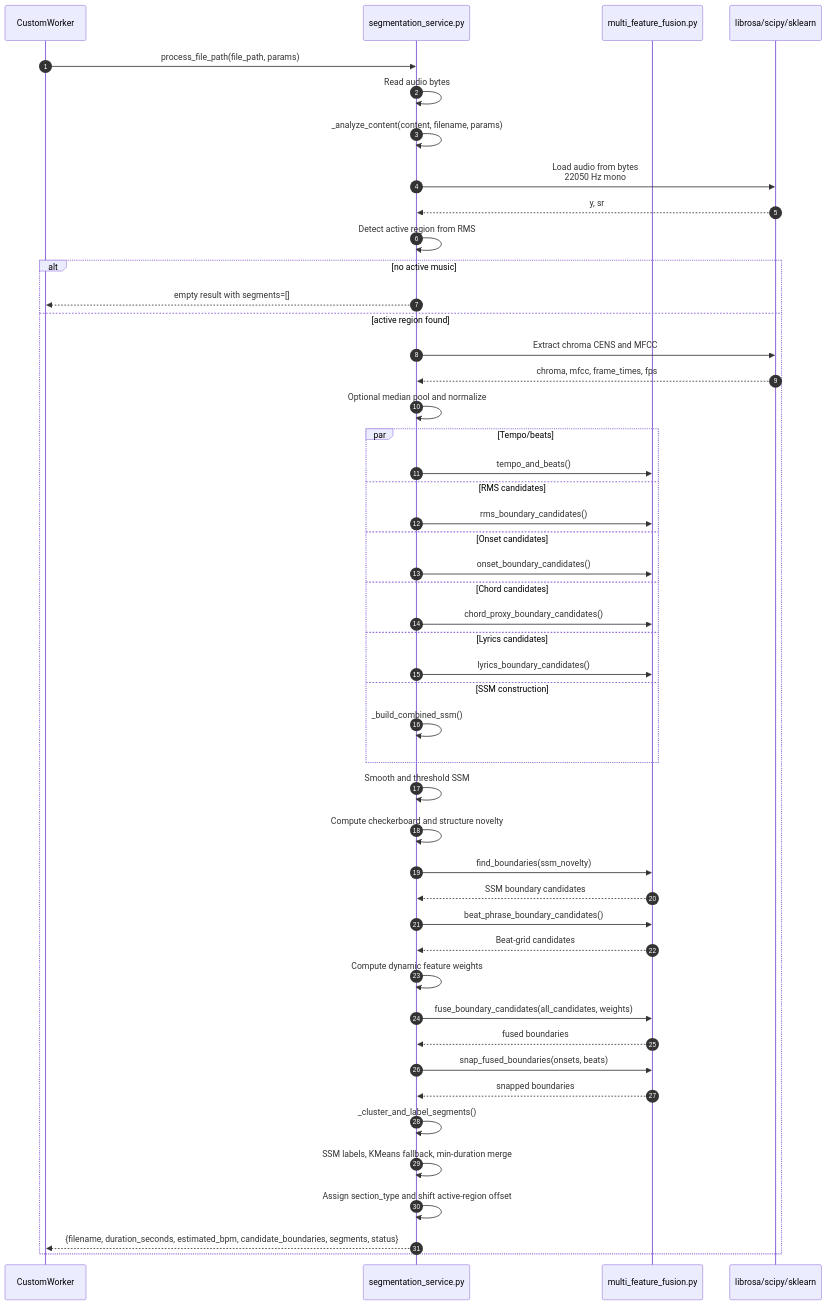
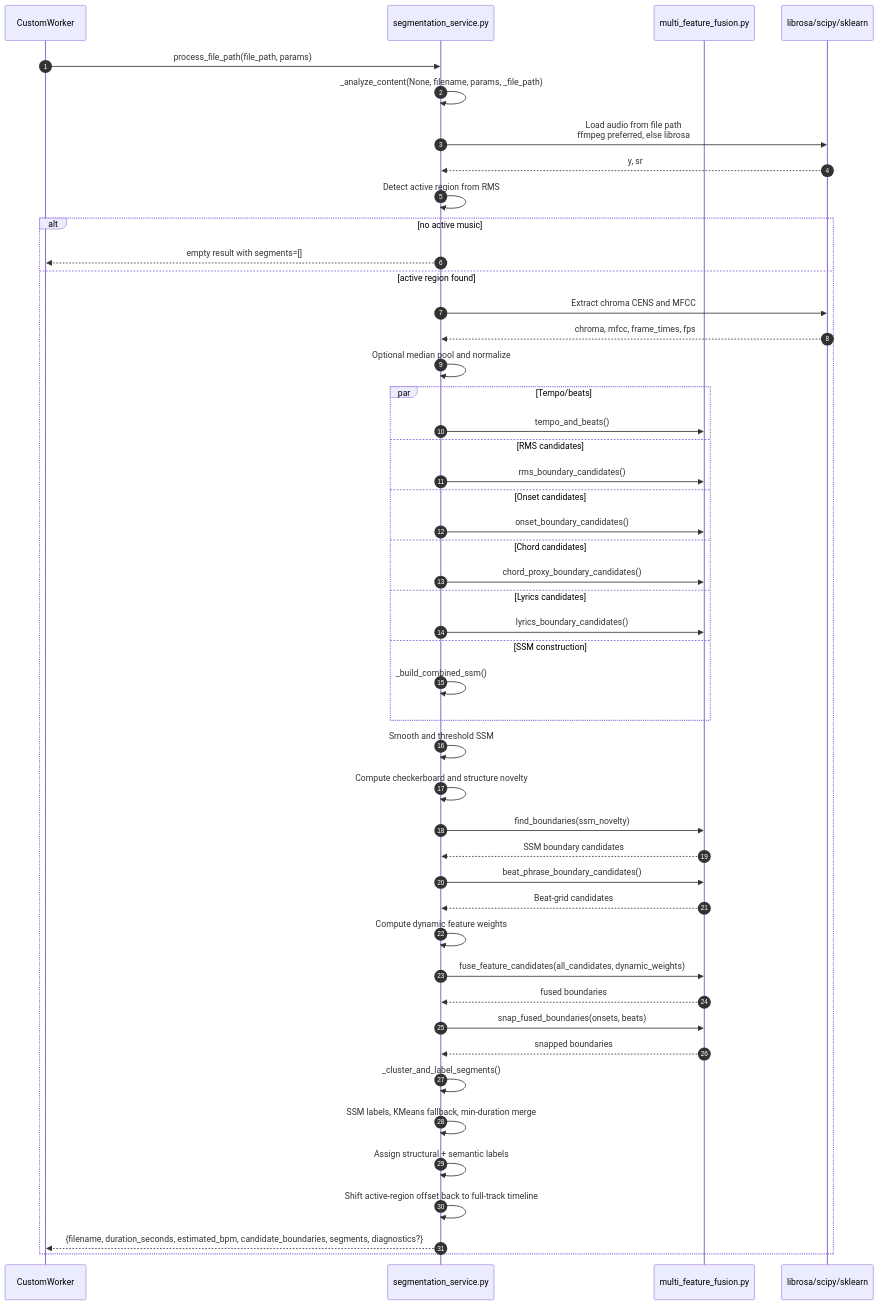
The diagram in docs/sequence-diagrams/02-custom-analysis-pipeline.md (mustafagoktugibolar/automated-music-segmentation), drawn with Mermaid before and after one commit. The commit also changed 3 other files, not shown here.

````diff
--- a/docs/sequence-diagrams/02-custom-analysis-pipeline.md
+++ b/docs/sequence-diagrams/02-custom-analysis-pipeline.md
@@ -3,50 +3,50 @@
 ```mermaid
 sequenceDiagram
     autonumber
     participant CustomW as CustomWorker
     participant Service as segmentation_service.py
     participant Fusion as multi_feature_fusion.py
     participant Librosa as librosa/scipy/sklearn
 
     CustomW->>Service: process_file_path(file_path, params)
-    Service->>Service: Read audio bytes
-    Service->>Service: _analyze_content(content, filename, params)
-    Service->>Librosa: Load audio from bytes<br/>22050 Hz mono
+    Service->>Service: _analyze_content(None, filename, params, _file_path)
+    Service->>Librosa: Load audio from file path<br/>ffmpeg preferred, else librosa
     Librosa-->>Service: y, sr
     Service->>Service: Detect active region from RMS
     alt no active music
         Service-->>CustomW: empty result with segments=[]
     else active region found
         Service->>Librosa: Extract chroma CENS and MFCC
         Librosa-->>Service: chroma, mfcc, frame_times, fps
         Service->>Service: Optional median pool and normalize
         par Tempo/beats
             Service->>Fusion: tempo_and_beats()
         and RMS candidates
             Service->>Fusion: rms_boundary_candidates()
         and Onset candidates
             Service->>Fusion: onset_boundary_candidates()
         and Chord candidates
             Service->>Fusion: chord_proxy_boundary_candidates()
         and Lyrics candidates
             Service->>Fusion: lyrics_boundary_candidates()
         and SSM construction
             Service->>Service: _build_combined_ssm()
         end
         Service->>Service: Smooth and threshold SSM
         Service->>Service: Compute checkerboard and structure novelty
         Service->>Fusion: find_boundaries(ssm_novelty)
         Fusion-->>Service: SSM boundary candidates
         Service->>Fusion: beat_phrase_boundary_candidates()
         Fusion-->>Service: Beat-grid candidates
         Service->>Service: Compute dynamic feature weights
-        Service->>Fusion: fuse_boundary_candidates(all_candidates, weights)
+        Service->>Fusion: fuse_feature_candidates(all_candidates, dynamic_weights)
         Fusion-->>Service: fused boundaries
         Service->>Fusion: snap_fused_boundaries(onsets, beats)
         Fusion-->>Service: snapped boundaries
         Service->>Service: _cluster_and_label_segments()
         Service->>Service: SSM labels, KMeans fallback, min-duration merge
-        Service->>Service: Assign section_type and shift active-region offset
-        Service-->>CustomW: {filename, duration_seconds, estimated_bpm, candidate_boundaries, segments, status}
+        Service->>Service: Assign structural + semantic labels
+        Service->>Service: Shift active-region offset back to full-track timeline
+        Service-->>CustomW: {filename, duration_seconds, estimated_bpm, candidate_boundaries, segments, diagnostics?}
     end
 ```
````
